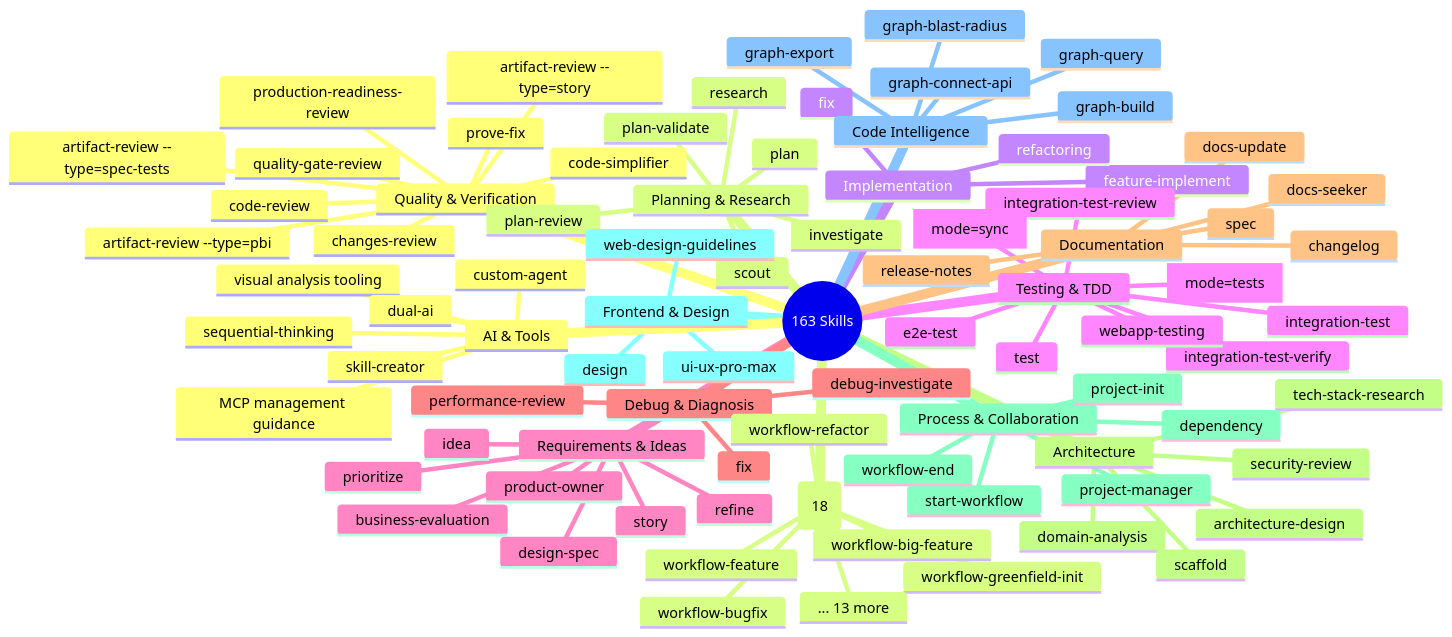
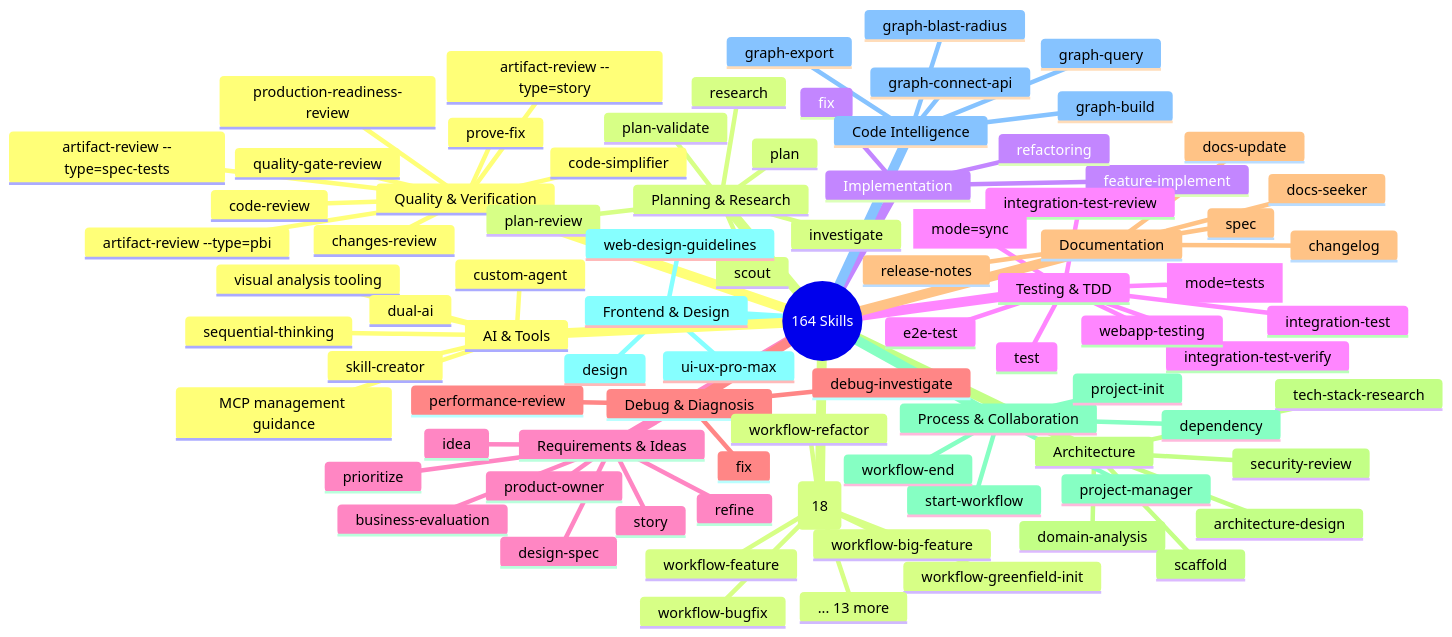
One commit to duc01226/easy-claude changed the fifth of 20 diagrams in .claude/docs/claude-ai-agent-framework-guide.md. Above: the diagram before and after it, drawn with Mermaid. The commit also changed other lines of this file and 261 other files, not shown here.

````diff
--- a/.claude/docs/claude-ai-agent-framework-guide.md
+++ b/.claude/docs/claude-ai-agent-framework-guide.md
@@ -460,6 +460,6 @@
 ```mermaid
 mindmap
-  root((163 Skills))
+  root((164 Skills))
     Quality & Verification
       code-review
       prove-fix
````
